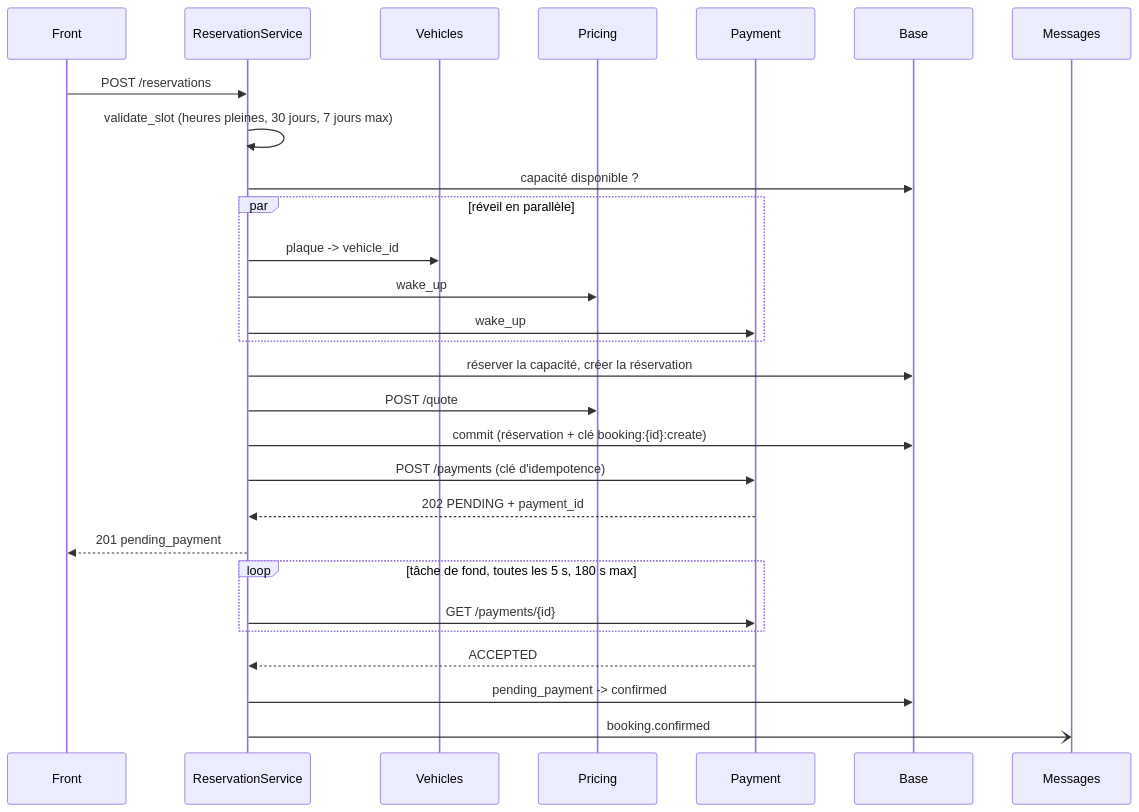
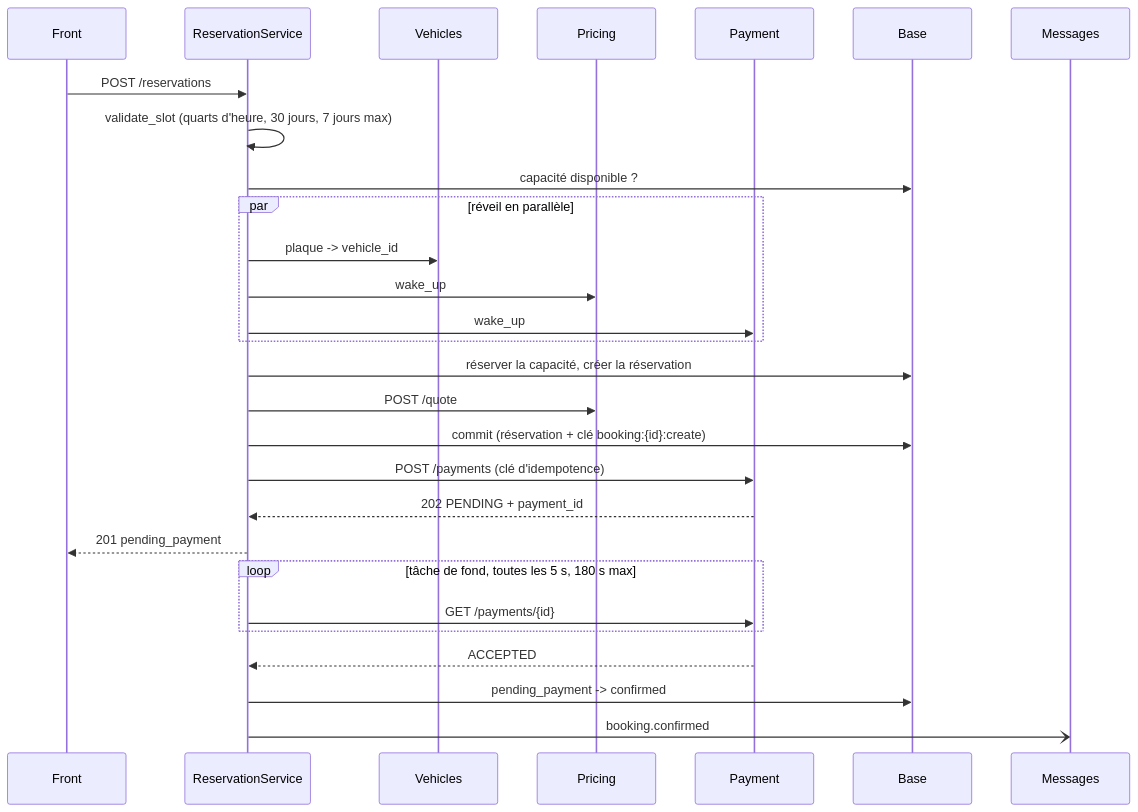
The fourth of 4 diagrams in docs/booking_architecture.md (Yanom-school-projects/M1-Projet-Architecture-Booking), drawn with Mermaid before and after one commit. The commit also changed other lines of this file and 4 other files, not shown here.

````diff
--- a/docs/booking_architecture.md
+++ b/docs/booking_architecture.md
@@ -271,30 +286,30 @@
 ```mermaid
 sequenceDiagram
     participant C as Front
     participant S as ReservationService
     participant V as Vehicles
     participant Pr as Pricing
     participant Pa as Payment
     participant DB as Base
 
     C->>S: POST /reservations
-    S->>S: validate_slot (heures pleines, 30 jours, 7 jours max)
+    S->>S: validate_slot (quarts d'heure, 30 jours, 7 jours max)
     S->>DB: capacité disponible ?
     par réveil en parallèle
         S->>V: plaque -> vehicle_id
         S->>Pr: wake_up
         S->>Pa: wake_up
     end
     S->>DB: réserver la capacité, créer la réservation
     S->>Pr: POST /quote
     S->>DB: commit (réservation + clé booking:{id}:create)
     S->>Pa: POST /payments (clé d'idempotence)
     Pa-->>S: 202 PENDING + payment_id
     S-->>C: 201 pending_payment
     loop tâche de fond, toutes les 5 s, 180 s max
         S->>Pa: GET /payments/{id}
     end
     Pa-->>S: ACCEPTED
     S->>DB: pending_payment -> confirmed
     S-)Messages: booking.confirmed
 ```
````
